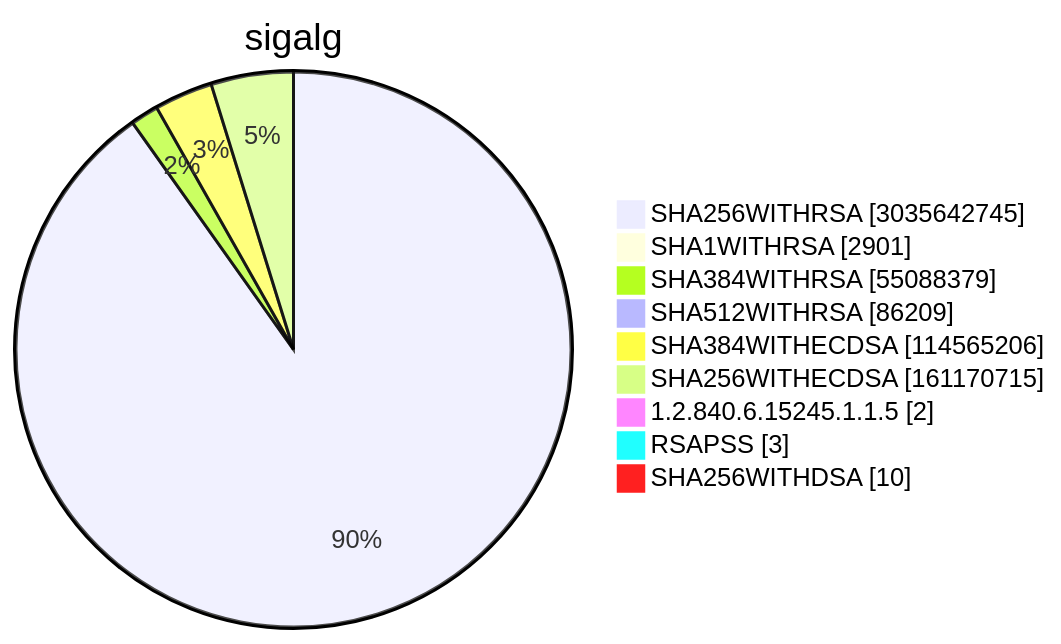
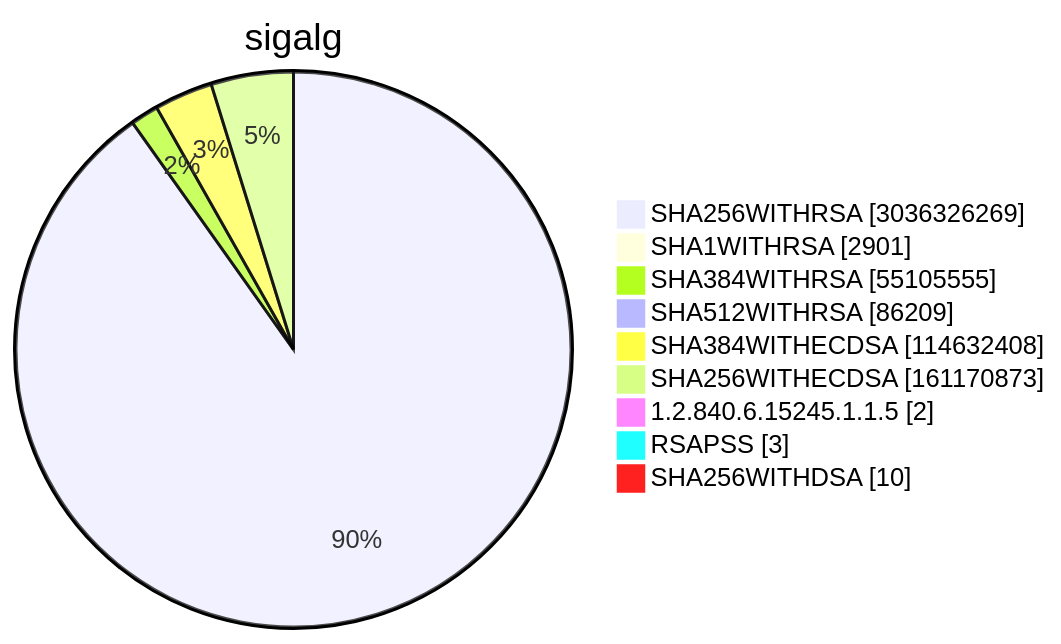
Before and after one commit to christiankrug/ctmonitor_visualization: diagram 15 of 15 in TOTAL/README.md, drawn with Mermaid. The commit also changed other lines of this file, not shown here.

````diff
--- a/TOTAL/README.md
+++ b/TOTAL/README.md
@@ -6208,13 +6208,13 @@
 ```mermaid
 pie showData
 title sigalg
-"SHA256WITHRSA" :3035642745
+"SHA256WITHRSA" :3036326269
 "SHA1WITHRSA" :2901
-"SHA384WITHRSA" :55088379
+"SHA384WITHRSA" :55105555
 "SHA512WITHRSA" :86209
-"SHA384WITHECDSA" :114565206
-"SHA256WITHECDSA" :161170715
+"SHA384WITHECDSA" :114632408
+"SHA256WITHECDSA" :161170873
 "1.2.840.6.15245.1.1.5" :2
 "RSAPSS" :3
 "SHA256WITHDSA" :10
 ```
````
